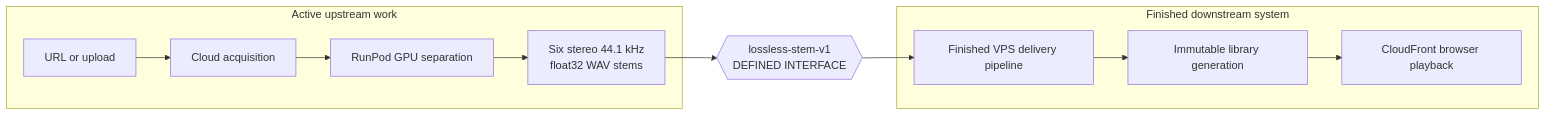
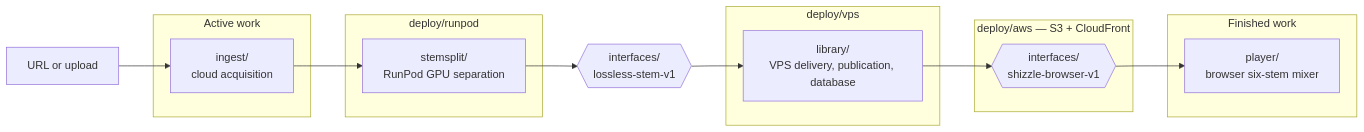
The first of 2 diagrams in README.md (mdc159/shizzle), drawn with Mermaid before and after one commit. The commit also changed other lines of this file, not shown here.

First line of the commit message:
README: describe the app as the Option A pipeline-function tree

````diff
--- a/README.md
+++ b/README.md
@@ -22,23 +14,28 @@
 ```mermaid
 flowchart LR
-    A["URL or upload"] --> B["Cloud acquisition"]
-    B --> C["RunPod GPU separation"]
-    C --> D["Six stereo 44.1 kHz<br/>float32 WAV stems"]
-    D --> H{{"lossless-stem-v1<br/>DEFINED INTERFACE"}}
-    H --> E["Finished VPS delivery pipeline"]
-    E --> F["Immutable library generation"]
-    F --> G["CloudFront browser playback"]
+    U["URL or upload"] --> A["ingest/<br/>cloud acquisition"]
+    A --> B["stemsplit/<br/>RunPod GPU separation"]
+    B --> I1{{"interfaces/<br/>lossless-stem-v1"}}
+    I1 --> C["library/<br/>VPS delivery, publication, database"]
+    C --> I2{{"interfaces/<br/>shizzle-browser-v1"}}
+    I2 --> D["player/<br/>browser six-stem mixer"]
 
-    subgraph ACTIVE["Active upstream work"]
+    subgraph RUNPOD["deploy/runpod"]
+        B
+    end
+    subgraph VPS["deploy/vps"]
+        C
+    end
+    subgraph AWS["deploy/aws — S3 + CloudFront"]
+        I2
+    end
+
+    subgraph ACTIVE["Active work"]
         A
         B
+    end
+    subgraph FINISHED["Finished work"]
         C
         D
     end
-
-    subgraph FINISHED["Finished downstream system"]
-        E
-        F
-        G
-    end
 ```
````
